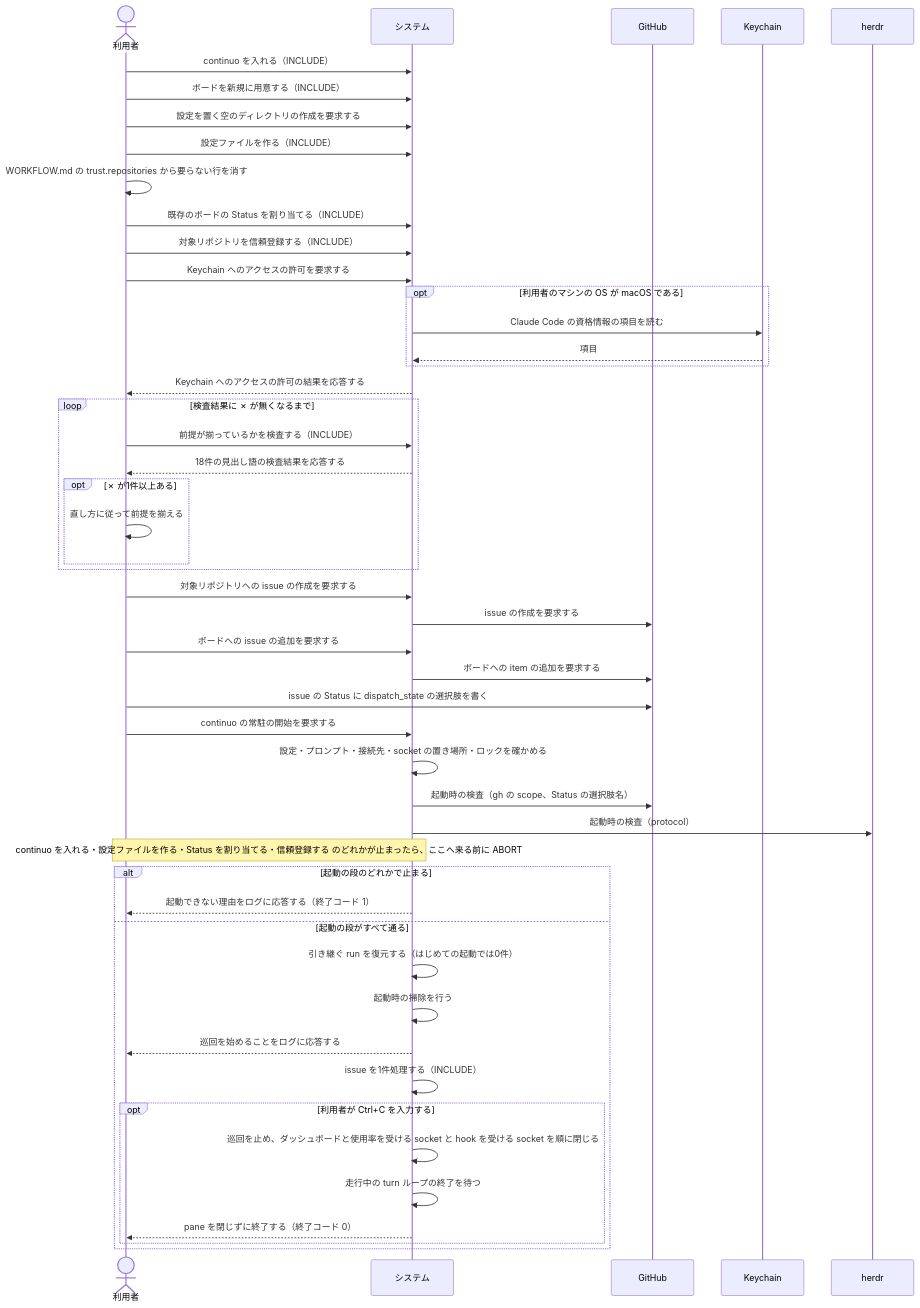
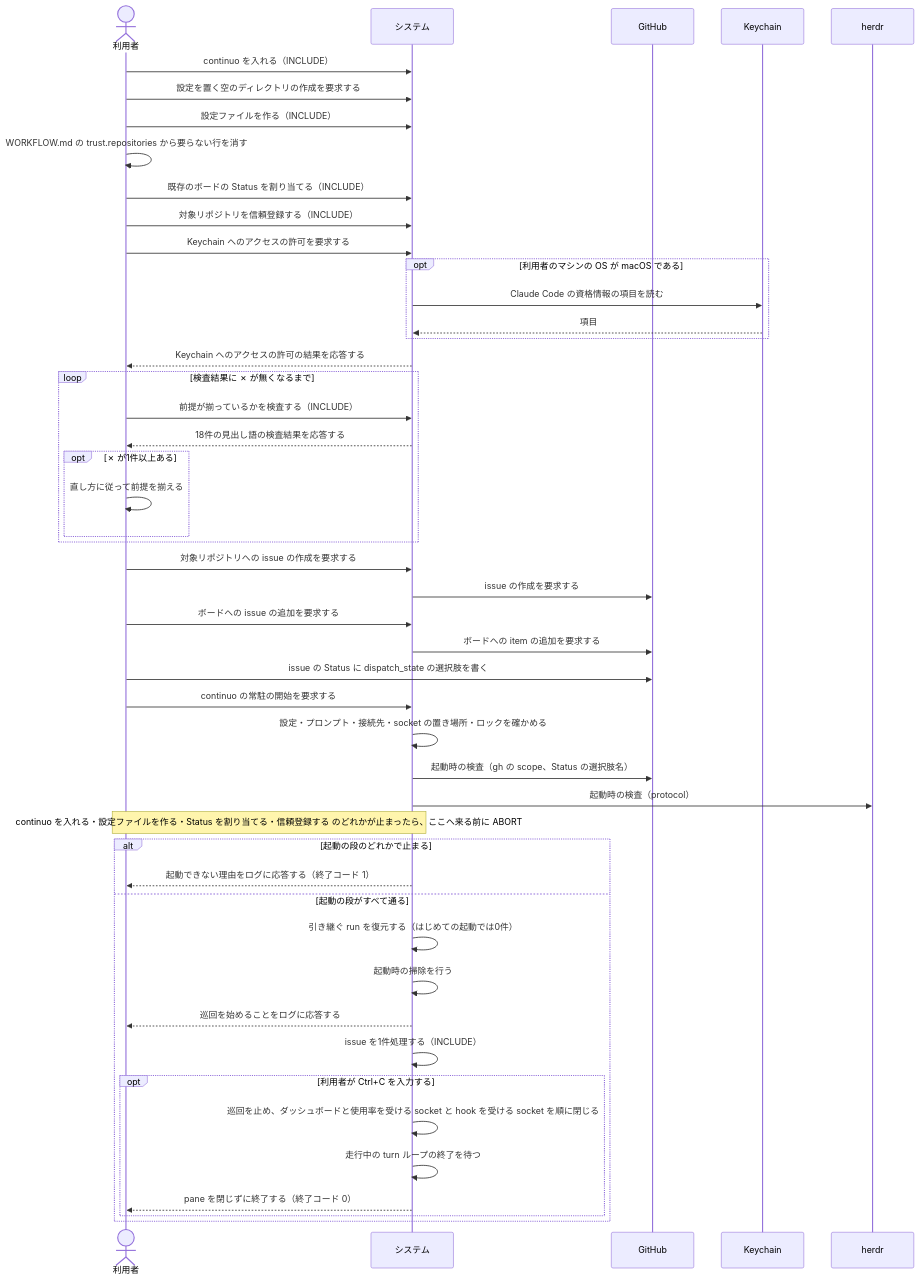
Before and after one commit to maimuzo/continuo: the second of 2 diagrams in docs/spec/usecases/scenario/はじめて continuo を動かせるようにする.rucm.md, drawn with Mermaid. The commit also changed other lines of this file and 86 other files, not shown here.

````diff
--- a/docs/spec/usecases/scenario/はじめて continuo を動かせるようにする.rucm.md
+++ b/docs/spec/usecases/scenario/はじめて continuo を動かせるようにする.rucm.md
@@ -281,52 +289,51 @@
 ```mermaid
 sequenceDiagram
     actor User as 利用者
     participant Sys as システム
     participant GH as GitHub
     participant KC as Keychain
     participant Herdr as herdr
 
     User->>Sys: continuo を入れる（INCLUDE）
-    User->>Sys: ボードを新規に用意する（INCLUDE）
     User->>Sys: 設定を置く空のディレクトリの作成を要求する
     User->>Sys: 設定ファイルを作る（INCLUDE）
     User->>User: WORKFLOW.md の trust.repositories から要らない行を消す
     User->>Sys: 既存のボードの Status を割り当てる（INCLUDE）
     User->>Sys: 対象リポジトリを信頼登録する（INCLUDE）
     User->>Sys: Keychain へのアクセスの許可を要求する
     opt 利用者のマシンの OS が macOS である
         Sys->>KC: Claude Code の資格情報の項目を読む
         KC-->>Sys: 項目
     end
     Sys-->>User: Keychain へのアクセスの許可の結果を応答する
     loop 検査結果に ✗ が無くなるまで
         User->>Sys: 前提が揃っているかを検査する（INCLUDE）
         Sys-->>User: 18件の見出し語の検査結果を応答する
         opt ✗ が1件以上ある
             User->>User: 直し方に従って前提を揃える
         end
     end
     User->>Sys: 対象リポジトリへの issue の作成を要求する
     Sys->>GH: issue の作成を要求する
     User->>Sys: ボードへの issue の追加を要求する
     Sys->>GH: ボードへの item の追加を要求する
     User->>GH: issue の Status に dispatch_state の選択肢を書く
     User->>Sys: continuo の常駐の開始を要求する
     Sys->>Sys: 設定・プロンプト・接続先・socket の置き場所・ロックを確かめる
     Sys->>GH: 起動時の検査（gh の scope、Status の選択肢名）
     Sys->>Herdr: 起動時の検査（protocol）
     Note over User,Sys: continuo を入れる・設定ファイルを作る・Status を割り当てる・信頼登録する のどれかが止まったら、ここへ来る前に ABORT
     alt 起動の段のどれかで止まる
         Sys-->>User: 起動できない理由をログに応答する（終了コード 1）
     else 起動の段がすべて通る
         Sys->>Sys: 引き継ぐ run を復元する（はじめての起動では0件）
         Sys->>Sys: 起動時の掃除を行う
         Sys-->>User: 巡回を始めることをログに応答する
         Sys->>Sys: issue を1件処理する（INCLUDE）
         opt 利用者が Ctrl+C を入力する
             Sys->>Sys: 巡回を止め、ダッシュボードと使用率を受ける socket と hook を受ける socket を順に閉じる
             Sys->>Sys: 走行中の turn ループの終了を待つ
             Sys-->>User: pane を閉じずに終了する（終了コード 0）
         end
     end
 ```
````
